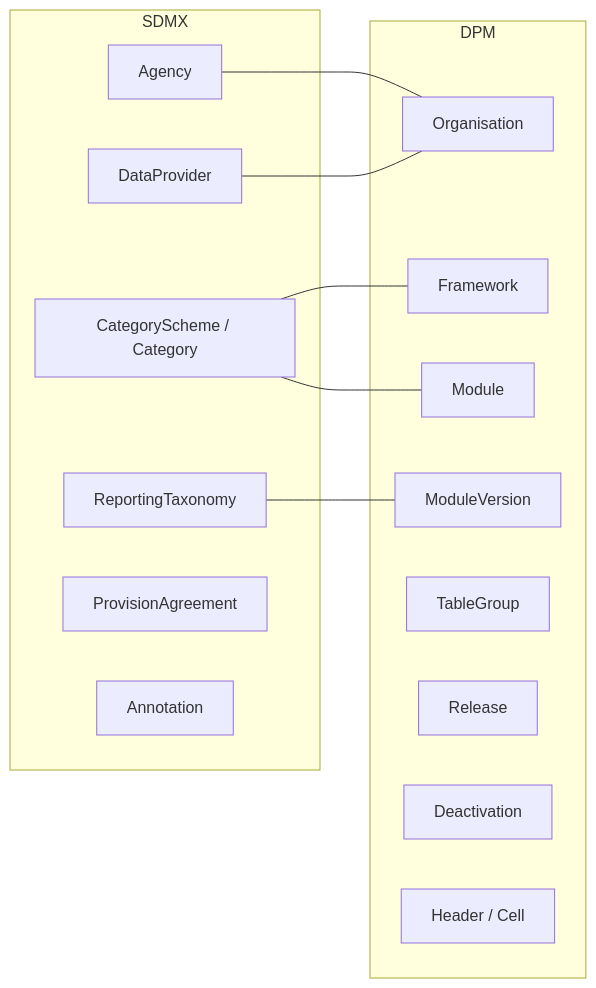
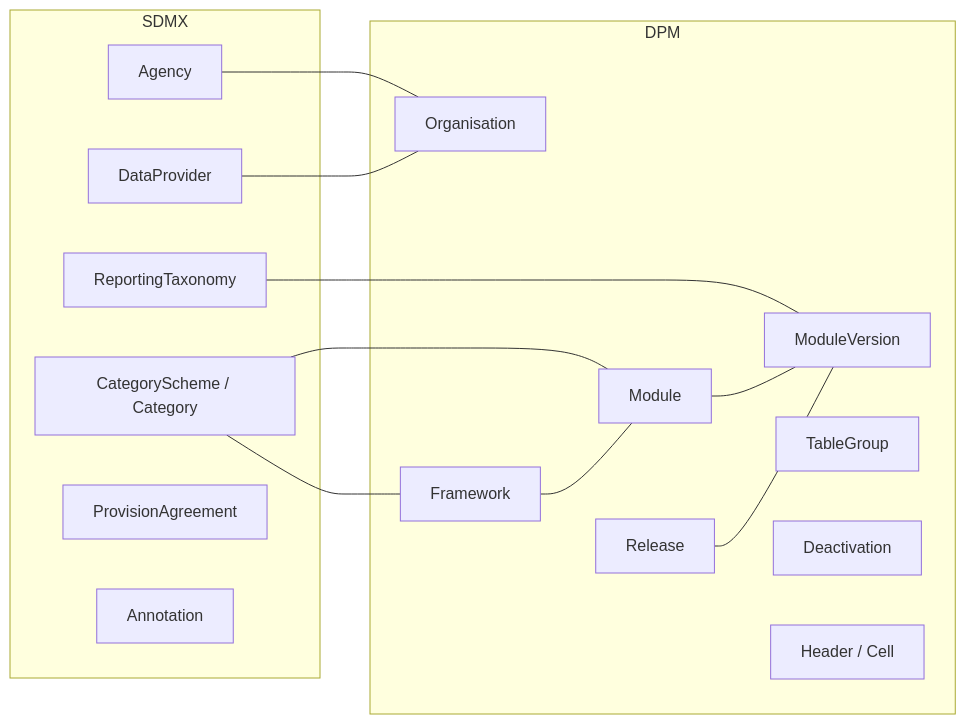
The diagram in docs/models-relationships/03_other_artifacts/02_high_level_mapping_summary.md (sdmx-twg/wp-sdmx-dpm), drawn with Mermaid before and after one commit. The commit also changed other lines of this file and 3 other files, not shown here.

````diff
--- a/docs/models-relationships/03_other_artifacts/02_high_level_mapping_summary.md
+++ b/docs/models-relationships/03_other_artifacts/02_high_level_mapping_summary.md
@@ -30,28 +31,31 @@
 ```mermaid
 flowchart LR
   subgraph SDMX
     sAgency["Agency"]
     sProvider["DataProvider"]
     sCatScheme["CategoryScheme / Category"]
     sRepTax["ReportingTaxonomy"]
     sProv["ProvisionAgreement"]
     sAnnot["Annotation"]
   end
 
   subgraph DPM
     dOrg["Organisation"]
     dFramework["Framework"]
     dModule["Module"]
     dModuleVersion["ModuleVersion"]
     dTableGroup["TableGroup"]
     dRelease["Release"]
     dDeact["Deactivation"]
     dRendering["Header / Cell"]
   end
 
   sAgency --- dOrg
   sProvider --- dOrg
   sCatScheme --- dFramework
   sCatScheme --- dModule
   sRepTax --- dModuleVersion
+  dFramework --- dModule
+  dModule --- dModuleVersion
+  dRelease --- dModuleVersion
 ```
````
